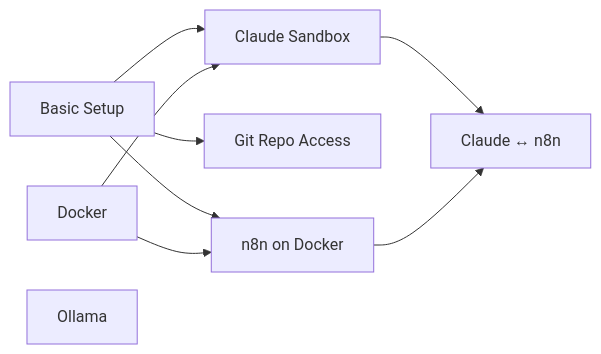
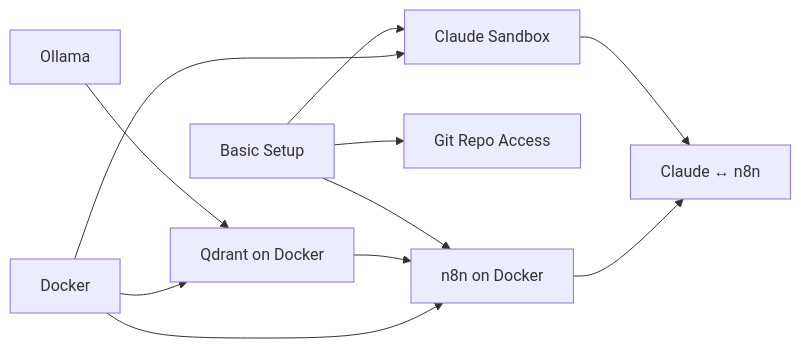
Before and after one commit to intersections-ch/manuals: the diagram in README.md, drawn with Mermaid. The commit also changed other lines of this file and 11 other files, not shown here.

````diff
--- a/README.md
+++ b/README.md
@@ -26,11 +27,13 @@
 ```mermaid
 graph LR
   setup[Basic Setup] --> sbx[Claude Sandbox]
   setup --> git[Git Repo Access]
   setup --> n8n[n8n on Docker]
   sbx --> mcp[Claude ↔ n8n]
   n8n --> mcp
+  qdrant[Qdrant on Docker] --> n8n
+  ollama[Ollama] --> qdrant
   docker[Docker] --> sbx
+  docker --> qdrant
   docker --> n8n
-  ollama[Ollama]
 ```
````
